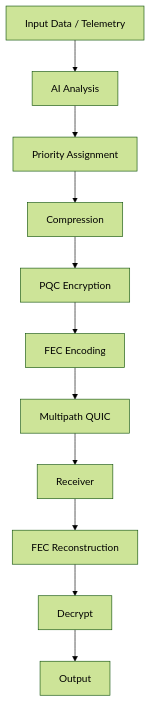
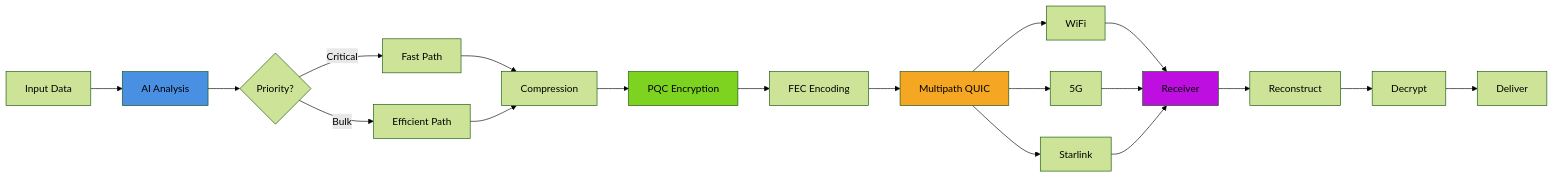
The diagram in README.md (mardromus/SimpleOperator), drawn with Mermaid (forest theme) before and after one commit. The commit also changed other lines of this file, not shown here.

````diff
--- a/README.md
+++ b/README.md
@@ -80,13 +57,26 @@
 ```mermaid
-graph TD;
-    A[Input Data / Telemetry] --> B[AI Analysis]
-    B --> C[Priority Assignment]
-    C --> D[Compression]
-    D --> E[PQC Encryption]
-    E --> F[FEC Encoding]
-    F --> G[Multipath QUIC]
-    G --> H[Receiver]
-    H --> I[FEC Reconstruction]
-    I --> J[Decrypt]
-    J --> K[Output]
+graph LR
+    A[Input Data] --> B[AI Analysis]
+    B --> C{Priority?}
+    C -->|Critical| D[Fast Path]
+    C -->|Bulk| E[Efficient Path]
+    D --> F[Compression]
+    E --> F
+    F --> G[PQC Encryption]
+    G --> H[FEC Encoding]
+    H --> I[Multipath QUIC]
+    I --> J[WiFi]
+    I --> K[5G]
+    I --> L[Starlink]
+    J --> M[Receiver]
+    K --> M
+    L --> M
+    M --> N[Reconstruct]
+    N --> O[Decrypt]
+    O --> P[Deliver]
+    
+    style B fill:#4A90E2
+    style G fill:#7ED321
+    style I fill:#F5A623
+    style M fill:#BD10E0
 ```
````
